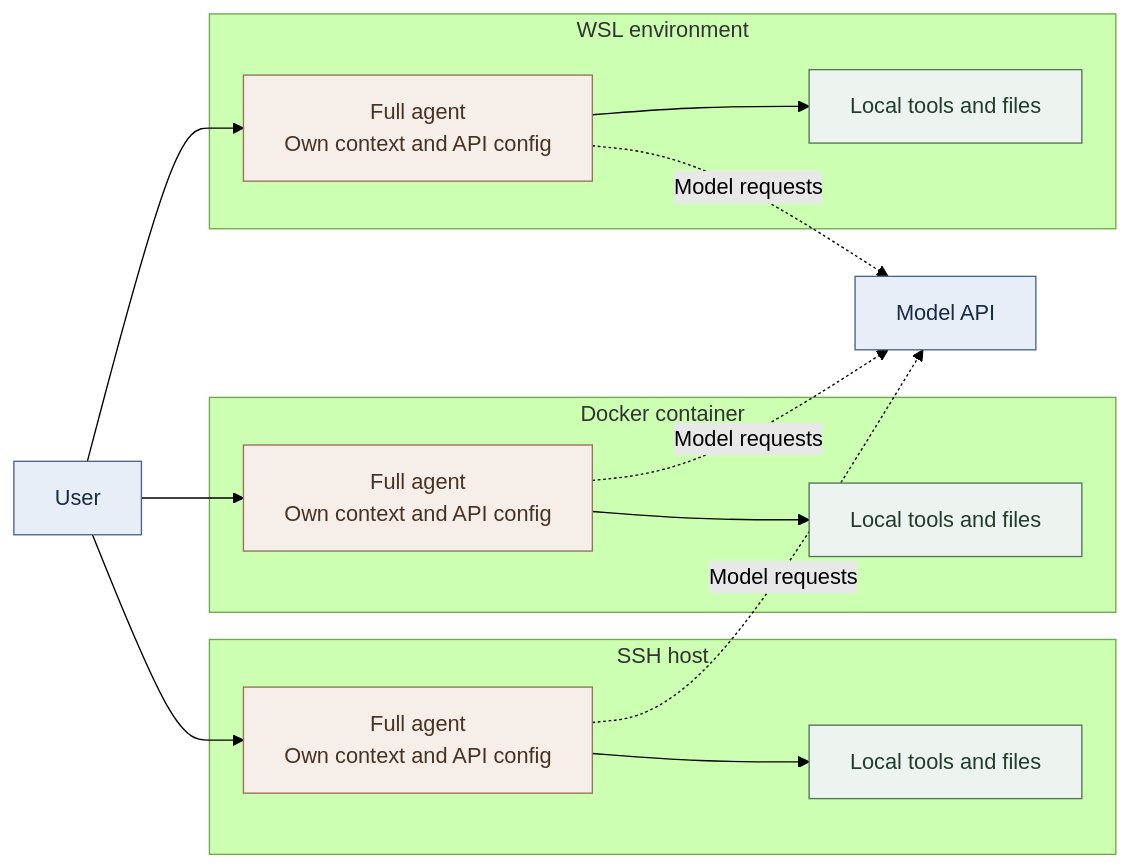
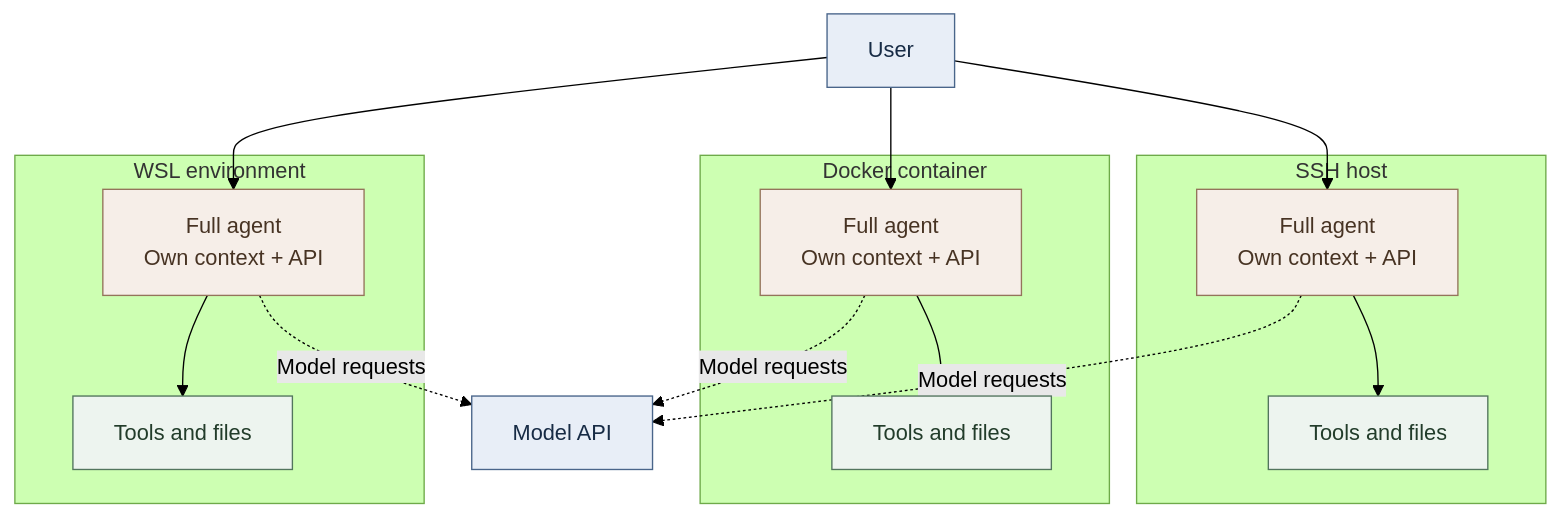
One commit to jay-waves/no-harness changed the diagram in remote-agent.mmd. Above: the diagram before and after it, drawn with Mermaid (forest theme). The commit also changed 17 other files, not shown here.

```diff
--- a/remote-agent.mmd
+++ b/remote-agent.mmd
@@ -1,22 +1,22 @@
-flowchart LR
+flowchart TD
     U[User] --> A
     U --> B
     U --> C
     subgraph SSH[SSH host]
-        A["Full agent<br/>Own context and API config"] --> AT[Local tools and files]
+        A["Full agent<br/>Own context + API"] --> AT[Tools and files]
     end
     subgraph Docker[Docker container]
-        B["Full agent<br/>Own context and API config"] --> BT[Local tools and files]
+        B["Full agent<br/>Own context + API"] --> BT[Tools and files]
     end
     subgraph WSL[WSL environment]
-        C["Full agent<br/>Own context and API config"] --> CT[Local tools and files]
+        C["Full agent<br/>Own context + API"] --> CT[Tools and files]
     end
     A -. Model requests .-> M[Model API]
     B -. Model requests .-> M
     C -. Model requests .-> M
     classDef local fill:#e8eef7,stroke:#49658a,color:#172b45
     classDef agent fill:#f6eee8,stroke:#94745b,color:#473323
     classDef runtime fill:#edf4ef,stroke:#52755d,color:#223c2a
     class U,M local
     class A,B,C agent
     class AT,BT,CT runtime
```
